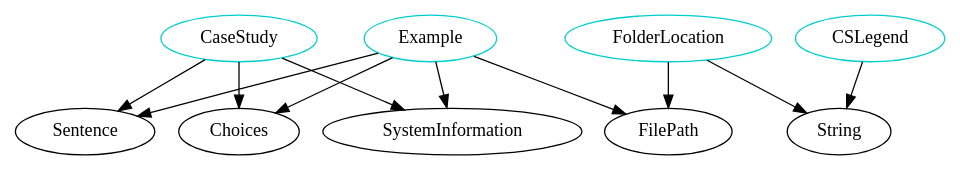
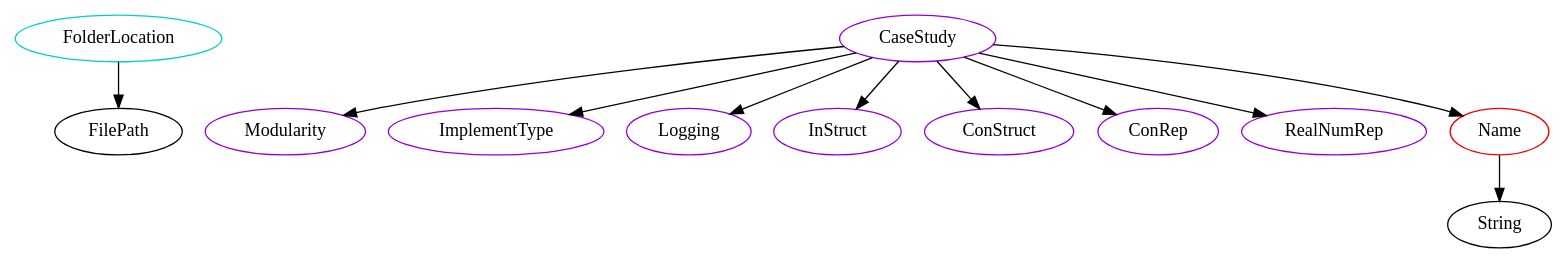
One commit to JacquesCarette/Drasil changed the diagram in analysis/TypeDependencyGraphs/website.dot. Above: the diagram before and after it, drawn with Graphviz. The commit also changed 10586 other files, not shown here.

```diff
--- a/analysis/TypeDependencyGraphs/website.dot
+++ b/analysis/TypeDependencyGraphs/website.dot
@@ -1,38 +1,58 @@
 digraph alltypes {
-	subgraph main {
-	}
 	subgraph analyiss {
 	}
 	subgraph body {
 		subgraph folderlocation{
 		FolderLocation -> FilePath;
-		FolderLocation -> String;
 		FolderLocation	[shape=oval, color=cyan3, label="FolderLocation"];
 		}
 	}
 	subgraph caestudys {
+		subgraph modularity{
+		Modularity	[shape=oval, color=darkviolet, label="Modularity"];
+		}
+		subgraph implementtype{
+		ImplementType	[shape=oval, color=darkviolet, label="ImplementType"];
+		}
+		subgraph logging{
+		Logging	[shape=oval, color=darkviolet, label="Logging"];
+		}
+		subgraph instruct{
+		InStruct	[shape=oval, color=darkviolet, label="InStruct"];
+		}
+		subgraph construct{
+		ConStruct	[shape=oval, color=darkviolet, label="ConStruct"];
+		}
+		subgraph conrep{
+		ConRep	[shape=oval, color=darkviolet, label="ConRep"];
+		}
+		subgraph realnumrep{
+		RealNumRep	[shape=oval, color=darkviolet, label="RealNumRep"];
+		}
 		subgraph casestudy{
-		CaseStudy -> SystemInformation;
-		CaseStudy -> Sentence;
-		CaseStudy -> Choices;
-		CaseStudy	[shape=oval, color=cyan3, label="CaseStudy"];
+		CaseStudy -> Name;
+		CaseStudy -> Modularity;
+		CaseStudy -> ImplementType;
+		CaseStudy -> Logging;
+		CaseStudy -> InStruct;
+		CaseStudy -> ConStruct;
+		CaseStudy -> ConRep;
+		CaseStudy -> RealNumRep;
+		CaseStudy	[shape=oval, color=darkviolet, label="CaseStudy"];
 		}
-		subgraph cslegend{
-		CSLegend -> String;
-		CSLegend	[shape=oval, color=cyan3, label="CSLegend"];
+		subgraph name{
+		Name -> String;
+		Name	[shape=oval, color=red2, label="Name"];
 		}
 	}
 	subgraph documentation {
 	}
 	subgraph example {
-		subgraph example{
-		Example -> SystemInformation;
-		Example -> Sentence;
-		Example -> Choices;
-		Example -> FilePath;
-		Example	[shape=oval, color=cyan3, label="Example"];
-		}
+	}
+	subgraph graphs {
 	}
 	subgraph introduction {
 	}
+	subgraph main {
+	}
 }
```
